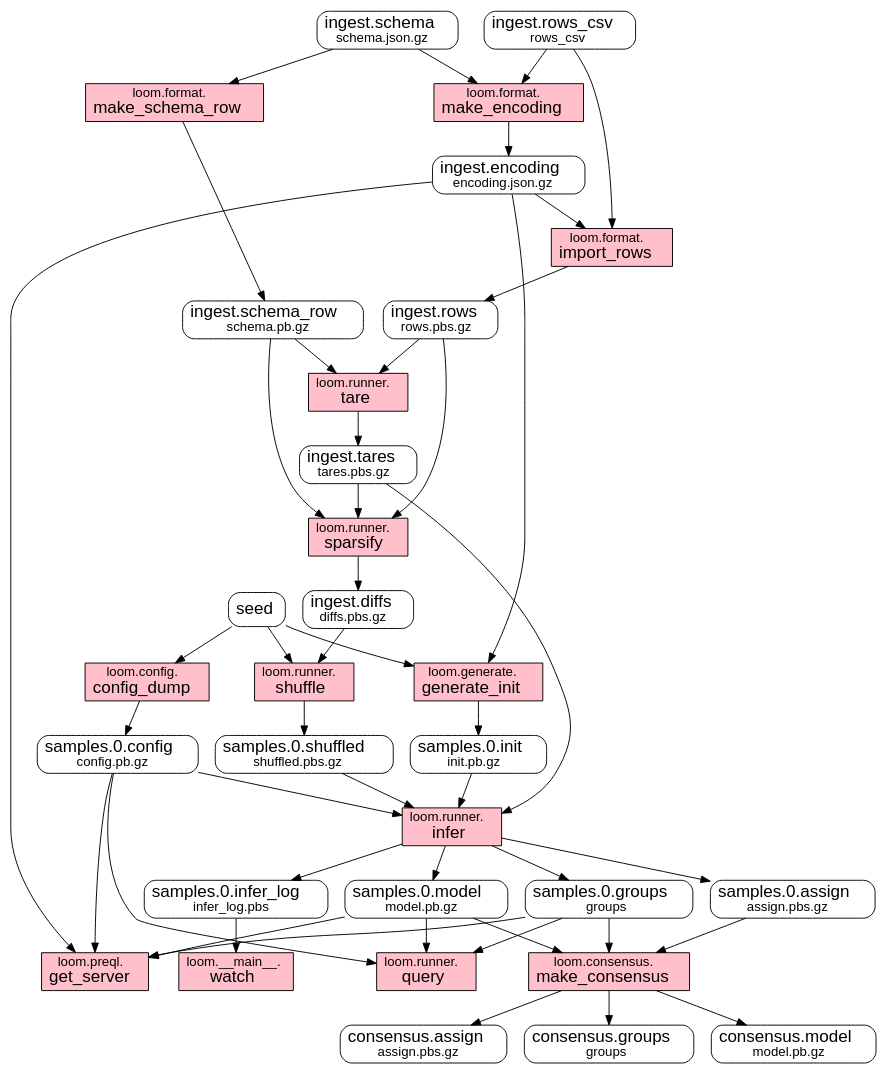
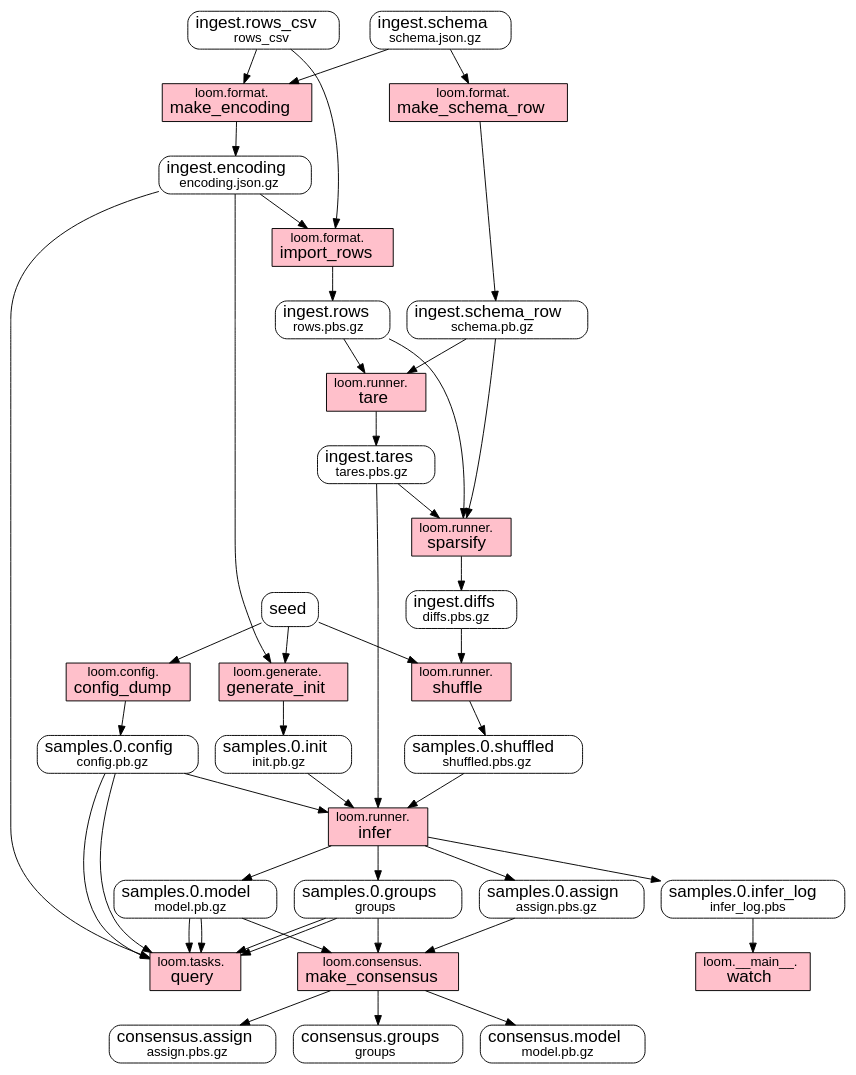
One commit to priorknowledge/loom changed the diagram in doc/dataflow.dot. Above: the diagram before and after it, drawn with Graphviz. The commit also changed 10 other files, not shown here.

```diff
--- a/doc/dataflow.dot
+++ b/doc/dataflow.dot
@@ -1,95 +1,95 @@
 // this file was generated by loom/documented.py
 digraph G {
   overlap=false;
   graph [fontname = "helvetica"];
   node [fontname = "helvetica"];
   edge [fontname = "helvetica"];
 
   // data
   {
     node [shape=Mrecord];
     consensus_assign [label=<<FONT POINT-SIZE="18">consensus.assign</FONT><BR/>assign.pbs.gz>];
     consensus_groups [label=<<FONT POINT-SIZE="18">consensus.groups</FONT><BR/>groups>];
     consensus_model [label=<<FONT POINT-SIZE="18">consensus.model</FONT><BR/>model.pb.gz>];
     ingest_diffs [label=<<FONT POINT-SIZE="18">ingest.diffs</FONT><BR/>diffs.pbs.gz>];
     ingest_encoding [label=<<FONT POINT-SIZE="18">ingest.encoding</FONT><BR/>encoding.json.gz>];
     ingest_rows [label=<<FONT POINT-SIZE="18">ingest.rows</FONT><BR/>rows.pbs.gz>];
     ingest_rows_csv [label=<<FONT POINT-SIZE="18">ingest.rows_csv</FONT><BR/>rows_csv>];
     ingest_schema [label=<<FONT POINT-SIZE="18">ingest.schema</FONT><BR/>schema.json.gz>];
     ingest_schema_row [label=<<FONT POINT-SIZE="18">ingest.schema_row</FONT><BR/>schema.pb.gz>];
     ingest_tares [label=<<FONT POINT-SIZE="18">ingest.tares</FONT><BR/>tares.pbs.gz>];
     samples_0_assign [label=<<FONT POINT-SIZE="18">samples.0.assign</FONT><BR/>assign.pbs.gz>];
     samples_0_config [label=<<FONT POINT-SIZE="18">samples.0.config</FONT><BR/>config.pb.gz>];
     samples_0_groups [label=<<FONT POINT-SIZE="18">samples.0.groups</FONT><BR/>groups>];
     samples_0_infer_log [label=<<FONT POINT-SIZE="18">samples.0.infer_log</FONT><BR/>infer_log.pbs>];
     samples_0_init [label=<<FONT POINT-SIZE="18">samples.0.init</FONT><BR/>init.pb.gz>];
     samples_0_model [label=<<FONT POINT-SIZE="18">samples.0.model</FONT><BR/>model.pb.gz>];
     samples_0_shuffled [label=<<FONT POINT-SIZE="18">samples.0.shuffled</FONT><BR/>shuffled.pbs.gz>];
     seed [label=<<FONT POINT-SIZE="18">seed</FONT>>];
   }
 
   // transforms
   {
     node [shape=box, style=filled];
 
     watch [label=<loom.__main__.<BR/><FONT POINT-SIZE="18">watch</FONT>>, fillcolor=pink];
     config_dump [label=<loom.config.<BR/><FONT POINT-SIZE="18">config_dump</FONT>>, fillcolor=pink];
     make_consensus [label=<loom.consensus.<BR/><FONT POINT-SIZE="18">make_consensus</FONT>>, fillcolor=pink];
     import_rows [label=<loom.format.<BR/><FONT POINT-SIZE="18">import_rows</FONT>>, fillcolor=pink];
     make_encoding [label=<loom.format.<BR/><FONT POINT-SIZE="18">make_encoding</FONT>>, fillcolor=pink];
     make_schema_row [label=<loom.format.<BR/><FONT POINT-SIZE="18">make_schema_row</FONT>>, fillcolor=pink];
     generate_init [label=<loom.generate.<BR/><FONT POINT-SIZE="18">generate_init</FONT>>, fillcolor=pink];
-    get_server [label=<loom.preql.<BR/><FONT POINT-SIZE="18">get_server</FONT>>, fillcolor=pink];
     infer [label=<loom.runner.<BR/><FONT POINT-SIZE="18">infer</FONT>>, fillcolor=pink];
     query [label=<loom.runner.<BR/><FONT POINT-SIZE="18">query</FONT>>, fillcolor=pink];
     shuffle [label=<loom.runner.<BR/><FONT POINT-SIZE="18">shuffle</FONT>>, fillcolor=pink];
     sparsify [label=<loom.runner.<BR/><FONT POINT-SIZE="18">sparsify</FONT>>, fillcolor=pink];
     tare [label=<loom.runner.<BR/><FONT POINT-SIZE="18">tare</FONT>>, fillcolor=pink];
+    query [label=<loom.tasks.<BR/><FONT POINT-SIZE="18">query</FONT>>, fillcolor=pink];
 
     samples_0_infer_log -> watch [weight=1.0];
     seed -> config_dump [weight=1.0];
     config_dump -> samples_0_config [weight=1.0];
     samples_0_model -> make_consensus [weight=1.0];
     samples_0_groups -> make_consensus [weight=1.0];
     samples_0_assign -> make_consensus [weight=1.0];
     make_consensus -> consensus_model [weight=1.0];
     make_consensus -> consensus_groups [weight=1.0];
     make_consensus -> consensus_assign [weight=1.0];
     ingest_encoding -> import_rows [weight=1.0];
     ingest_rows_csv -> import_rows [weight=1.0];
     import_rows -> ingest_rows [weight=1.0];
     ingest_schema -> make_encoding [weight=1.0];
     ingest_rows_csv -> make_encoding [weight=1.0];
     make_encoding -> ingest_encoding [weight=1.0];
     ingest_schema -> make_schema_row [weight=1.0];
     make_schema_row -> ingest_schema_row [weight=1.0];
     ingest_encoding -> generate_init [weight=1.0];
     seed -> generate_init [weight=1.0];
     generate_init -> samples_0_init [weight=1.0];
-    ingest_encoding -> get_server [weight=1.0];
-    samples_0_config -> get_server [weight=1.0];
-    samples_0_model -> get_server [weight=1.0];
-    samples_0_groups -> get_server [weight=1.0];
     samples_0_config -> infer [weight=1.0];
     samples_0_shuffled -> infer [weight=1.0];
     ingest_tares -> infer [weight=1.0];
     samples_0_init -> infer [weight=1.0];
     infer -> samples_0_model [weight=1.0];
     infer -> samples_0_groups [weight=1.0];
     infer -> samples_0_assign [weight=1.0];
     infer -> samples_0_infer_log [weight=1.0];
     samples_0_config -> query [weight=1.0];
     samples_0_model -> query [weight=1.0];
     samples_0_groups -> query [weight=1.0];
     ingest_diffs -> shuffle [weight=1.0];
     seed -> shuffle [weight=1.0];
     shuffle -> samples_0_shuffled [weight=1.0];
     ingest_schema_row -> sparsify [weight=1.0];
     ingest_tares -> sparsify [weight=1.0];
     ingest_rows -> sparsify [weight=1.0];
     sparsify -> ingest_diffs [weight=1.0];
     ingest_schema_row -> tare [weight=1.0];
     ingest_rows -> tare [weight=1.0];
     tare -> ingest_tares [weight=1.0];
+    ingest_encoding -> query [weight=1.0];
+    samples_0_config -> query [weight=1.0];
+    samples_0_model -> query [weight=1.0];
+    samples_0_groups -> query [weight=1.0];
   }
 }
```
